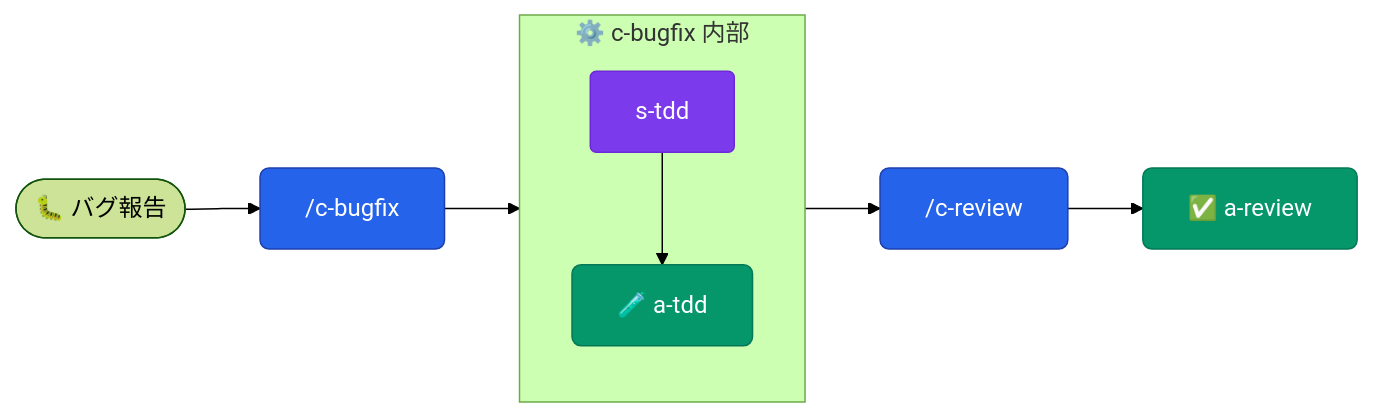
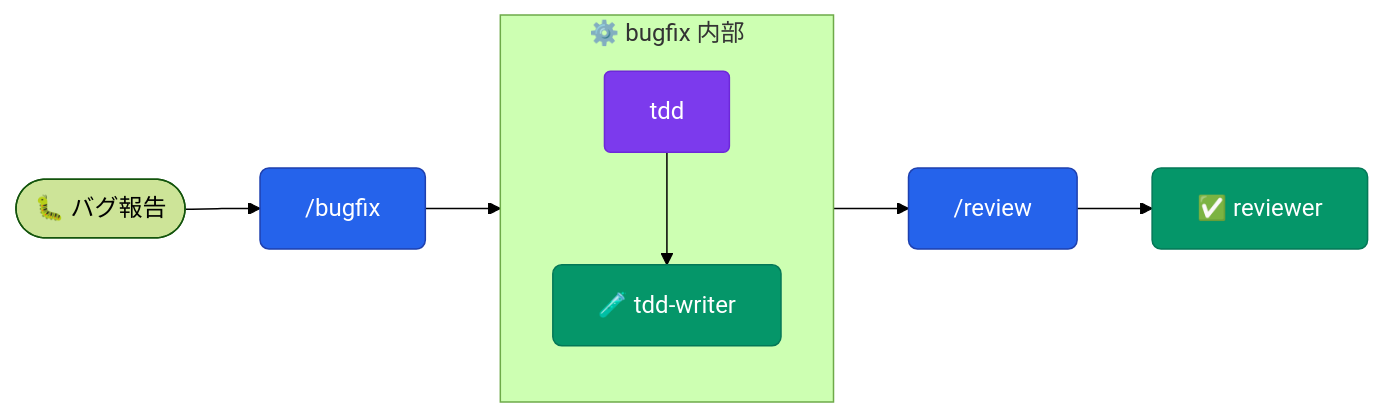
Before and after one commit to aokumablue/claq: the second of 12 diagrams in plugins/deepblue/README.md, drawn with Mermaid (forest theme). The commit also changed other lines of this file and 125 other files, not shown here.

````diff
--- a/plugins/deepblue/README.md
+++ b/plugins/deepblue/README.md
@@ -66,17 +66,17 @@
 ```mermaid
 flowchart LR
   classDef cmd    fill:#2563eb,stroke:#1e40af,color:#fff,rx:6
   classDef agent  fill:#059669,stroke:#047857,color:#fff,rx:6
   classDef skill  fill:#7c3aed,stroke:#6d28d9,color:#fff,rx:4
 
-  U(["🐛 バグ報告"]) --> CB["/c-bugfix"]:::cmd
+  U(["🐛 バグ報告"]) --> CB["/bugfix"]:::cmd
 
-  subgraph bugfix["⚙️ c-bugfix 内部"]
+  subgraph bugfix["⚙️ bugfix 内部"]
     direction TB
-    ST["s-tdd"]:::skill --> AT["🧪 a-tdd"]:::agent
+    ST["tdd"]:::skill --> AT["🧪 tdd-writer"]:::agent
   end
 
   CB --> bugfix
-  bugfix --> CR["/c-review"]:::cmd
-  CR --> AR["✅ a-review"]:::agent
+  bugfix --> CR["/review"]:::cmd
+  CR --> AR["✅ reviewer"]:::agent
 ```
````
